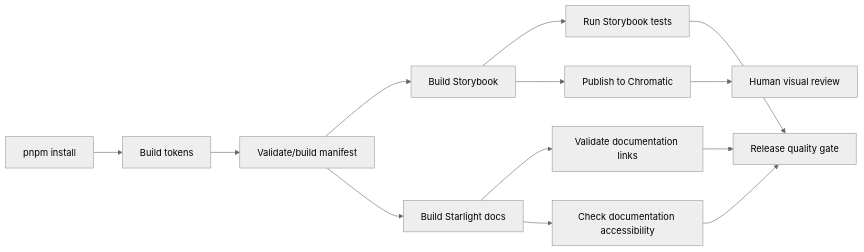
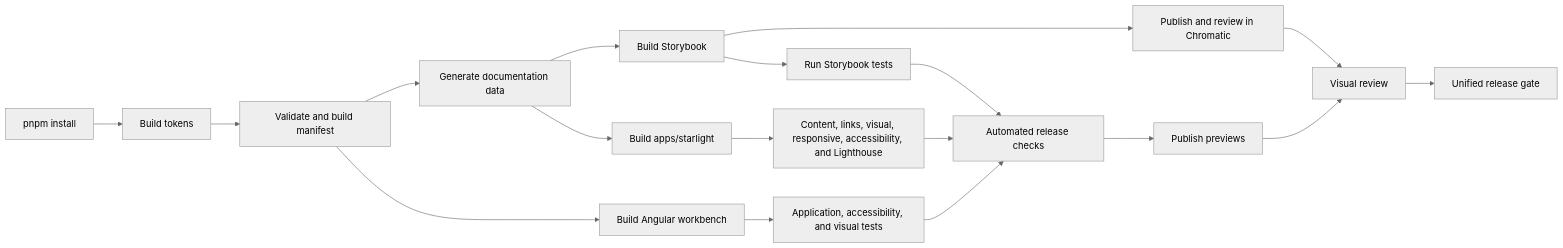
One commit to JeffreySanford/public-sector-federation changed the sixth of 6 diagrams in docs/documentation-upgrade/04-target-technical-architecture.md. Above: the diagram before and after it, drawn with Mermaid (neutral theme). The commit also changed other lines of this file, not shown here.

Commit message:
docs: align technical architecture with apps/starlight

````diff
--- a/docs/documentation-upgrade/04-target-technical-architecture.md
+++ b/docs/documentation-upgrade/04-target-technical-architecture.md
@@ -238,15 +332,23 @@
 ```mermaid
 flowchart LR
   Install[pnpm install] --> Tokens[Build tokens]
-  Tokens --> Manifest[Validate/build manifest]
-  Manifest --> Storybook[Build Storybook]
-  Manifest --> Docs[Build Starlight docs]
+  Tokens --> Manifest[Validate and build manifest]
+  Manifest --> DocsData[Generate documentation data]
+  DocsData --> Storybook[Build Storybook]
+  DocsData --> Starlight[Build apps/starlight]
+  Manifest --> Workbench[Build Angular workbench]
+
   Storybook --> StoryTests[Run Storybook tests]
-  Storybook --> Chromatic[Publish to Chromatic]
-  Docs --> LinkCheck[Validate documentation links]
-  Docs --> A11yDocs[Check documentation accessibility]
-  StoryTests --> Release[Release quality gate]
-  LinkCheck --> Release
-  A11yDocs --> Release
-  Chromatic --> Review[Human visual review]
+  Storybook --> Chromatic[Publish and review in Chromatic]
+
+  Starlight --> DocsChecks[Content, links, visual, responsive, accessibility, and Lighthouse]
+  Workbench --> AppChecks[Application, accessibility, and visual tests]
+
+  StoryTests --> Automated[Automated release checks]
+  DocsChecks --> Automated
+  AppChecks --> Automated
+  Automated --> Preview[Publish previews]
+  Chromatic --> Human[Visual review]
+  Preview --> Human
+  Human --> Release[Unified release gate]
 ```
````
